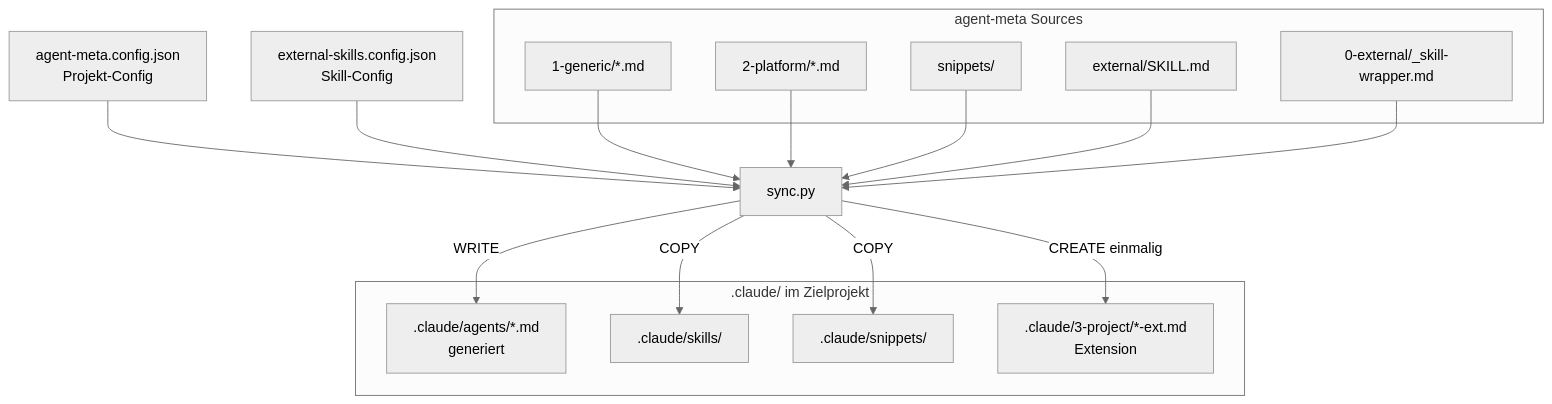
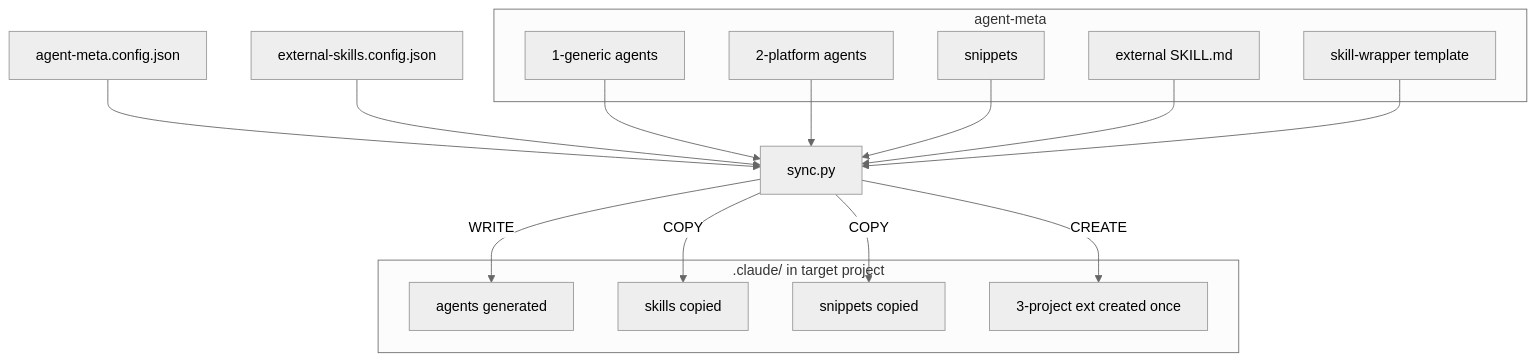
The diagram in docs/architecture/02-sync-flow.md (Popoboxxo/agent-meta), drawn with Mermaid (neutral theme) before and after one commit. The commit also changed other lines of this file and 5 other files, not shown here.

First line of the commit message:
docs: fix mermaid syntax for GitHub compatibility

````diff
--- a/docs/architecture/02-sync-flow.md
+++ b/docs/architecture/02-sync-flow.md
@@ -5,34 +5,34 @@
 ```mermaid
 flowchart TD
-    CFG["agent-meta.config.json\nProjekt-Config"]
-    ECFG["external-skills.config.json\nSkill-Config"]
-    SYNC["sync.py"]
+    CFG[agent-meta.config.json]
+    ECFG[external-skills.config.json]
+    SYNC[sync.py]
 
-    subgraph SOURCES ["agent-meta Sources"]
-        G1["1-generic/*.md"]
-        G2["2-platform/*.md"]
-        SN["snippets/"]
-        EX["external/SKILL.md"]
-        WR["0-external/_skill-wrapper.md"]
+    subgraph sources [agent-meta]
+        G1[1-generic agents]
+        G2[2-platform agents]
+        SN[snippets]
+        EX[external SKILL.md]
+        WR[skill-wrapper template]
     end
 
-    subgraph TARGET [".claude/ im Zielprojekt"]
-        AG[".claude/agents/*.md\ngeneriert"]
-        SK[".claude/skills/"]
-        SNC[".claude/snippets/"]
-        EXT[".claude/3-project/*-ext.md\nExtension"]
+    subgraph target [.claude/ in target project]
+        AG[agents generated]
+        SK[skills copied]
+        SNC[snippets copied]
+        EXT[3-project ext created once]
     end
 
     CFG --> SYNC
     ECFG --> SYNC
     G1 --> SYNC
     G2 --> SYNC
     SN --> SYNC
     EX --> SYNC
     WR --> SYNC
 
-    SYNC -->|"WRITE"| AG
-    SYNC -->|"COPY"| SNC
-    SYNC -->|"COPY"| SK
-    SYNC -->|"CREATE einmalig"| EXT
+    SYNC -->|WRITE| AG
+    SYNC -->|COPY| SNC
+    SYNC -->|COPY| SK
+    SYNC -->|CREATE| EXT
 ```
````
